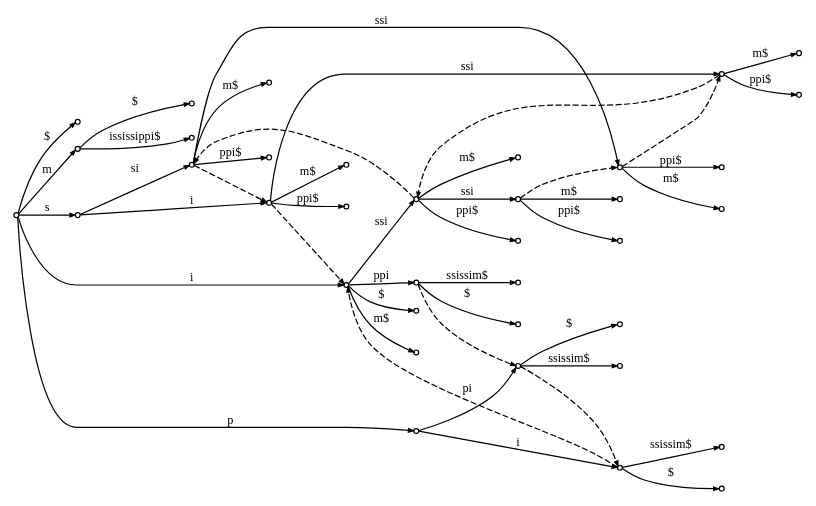
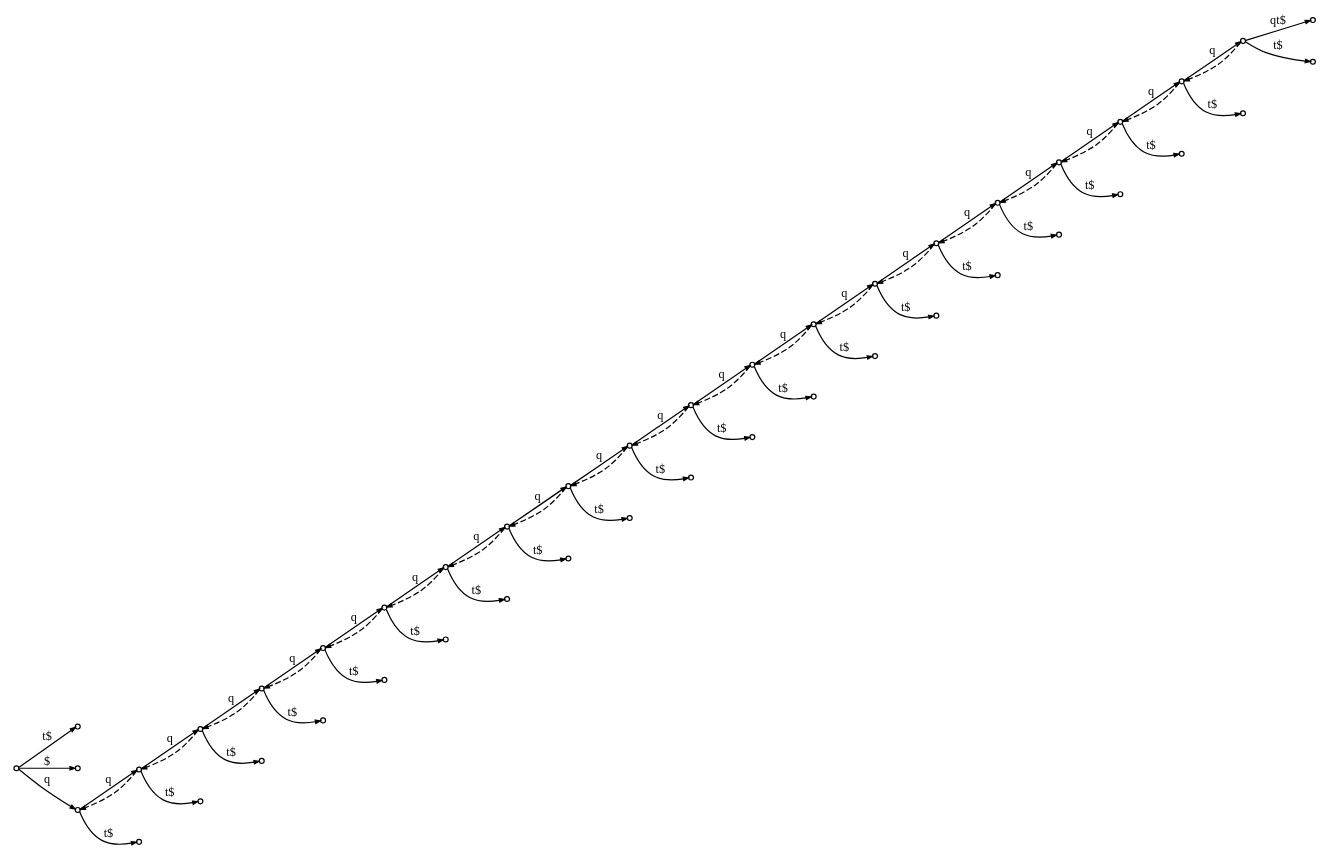
The diagram in example.dot (95A31/SimpleGST), drawn with Graphviz before and after one commit. The commit also changed 9 other files, not shown here.

```diff
--- a/example.dot
+++ b/example.dot
@@ -1,67 +1,84 @@
 /***********************************************************************************
  * This file was generated by SimpleGST, a Simple C++ implementation of Generalized 
  * Suffix Tree using Ukonnen'filename algorithm.
  *
  * Copyright (c) 2013 95A31
  *
  * Source: https://github.com/95A31/SimpleGST
  **********************************************************************************/
 
 
 digraph G {
 	rankdir=LR;
 	node[shape=circle, style=filled, fillcolor=white, width=0.05, fixedsize=true, label=""]
 
 
 	//Suffix tree without suffix links
 	edge[arrowsize=0.4, fontsize=10, weight=3]
-	0 -> 18 [label="$"]
-	0 -> 19 [label="m"]
-	0 -> 8 [label="s"]
-	0 -> 3 [label="p"]
-	0 -> 5 [label="i"]
-	19 -> 17 [label="$"]
-	19 -> 20 [label="ississippi$"]
-	8 -> 12 [label="si"]
-	8 -> 14 [label="i"]
-	3 -> 32 [label="pi"]
-	3 -> 34 [label="i"]
-	5 -> 36 [label="$"]
-	5 -> 16 [label="m$"]
-	5 -> 30 [label="ppi"]
-	5 -> 10 [label="ssi"]
-	12 -> 28 [label="ppi$"]
-	12 -> 23 [label="ssi"]
-	12 -> 13 [label="m$"]
-	14 -> 29 [label="ppi$"]
-	14 -> 25 [label="ssi"]
-	14 -> 15 [label="m$"]
-	32 -> 2 [label="ssissim$"]
-	32 -> 33 [label="$"]
-	34 -> 4 [label="ssissim$"]
-	34 -> 35 [label="$"]
-	30 -> 1 [label="ssissim$"]
-	30 -> 31 [label="$"]
-	10 -> 27 [label="ppi$"]
-	10 -> 21 [label="ssi"]
-	10 -> 11 [label="m$"]
-	23 -> 7 [label="m$"]
-	23 -> 24 [label="ppi$"]
-	25 -> 9 [label="m$"]
-	25 -> 26 [label="ppi$"]
-	21 -> 6 [label="m$"]
-	21 -> 22 [label="ppi$"]
+	0 -> 42 [label="t$"]
+	0 -> 43 [label="$"]
+	0 -> 40 [label="q"]
+	40 -> 38 [label="q"]
+	40 -> 41 [label="t$"]
+	38 -> 36 [label="q"]
+	38 -> 39 [label="t$"]
+	36 -> 34 [label="q"]
+	36 -> 37 [label="t$"]
+	34 -> 32 [label="q"]
+	34 -> 35 [label="t$"]
+	32 -> 30 [label="q"]
+	32 -> 33 [label="t$"]
+	30 -> 28 [label="q"]
+	30 -> 31 [label="t$"]
+	28 -> 26 [label="q"]
+	28 -> 29 [label="t$"]
+	26 -> 24 [label="q"]
+	26 -> 27 [label="t$"]
+	24 -> 22 [label="q"]
+	24 -> 25 [label="t$"]
+	22 -> 20 [label="q"]
+	22 -> 23 [label="t$"]
+	20 -> 18 [label="q"]
+	20 -> 21 [label="t$"]
+	18 -> 16 [label="q"]
+	18 -> 19 [label="t$"]
+	16 -> 14 [label="q"]
+	16 -> 17 [label="t$"]
+	14 -> 12 [label="q"]
+	14 -> 15 [label="t$"]
+	12 -> 10 [label="q"]
+	12 -> 13 [label="t$"]
+	10 -> 8 [label="q"]
+	10 -> 11 [label="t$"]
+	8 -> 6 [label="q"]
+	8 -> 9 [label="t$"]
+	6 -> 4 [label="q"]
+	6 -> 7 [label="t$"]
+	4 -> 2 [label="q"]
+	4 -> 5 [label="t$"]
+	2 -> 1 [label="qt$"]
+	2 -> 3 [label="t$"]
 
 
 	//Suffix  links
 	edge[arrowsize=0.4,fontsize=10, style=dashed, weight=1]
-	34 -> 5
+	38 -> 40
+	36 -> 38
+	34 -> 36
 	32 -> 34
 	30 -> 32
-	25 -> 10
-	23 -> 25
+	28 -> 30
+	26 -> 28
+	24 -> 26
+	22 -> 24
+	8 -> 10
+	6 -> 8
+	4 -> 6
+	2 -> 4
 	10 -> 12
 	12 -> 14
-	14 -> 5
-	21 -> 23
+	14 -> 16
+	16 -> 18
+	18 -> 20
+	20 -> 22
 }
```
